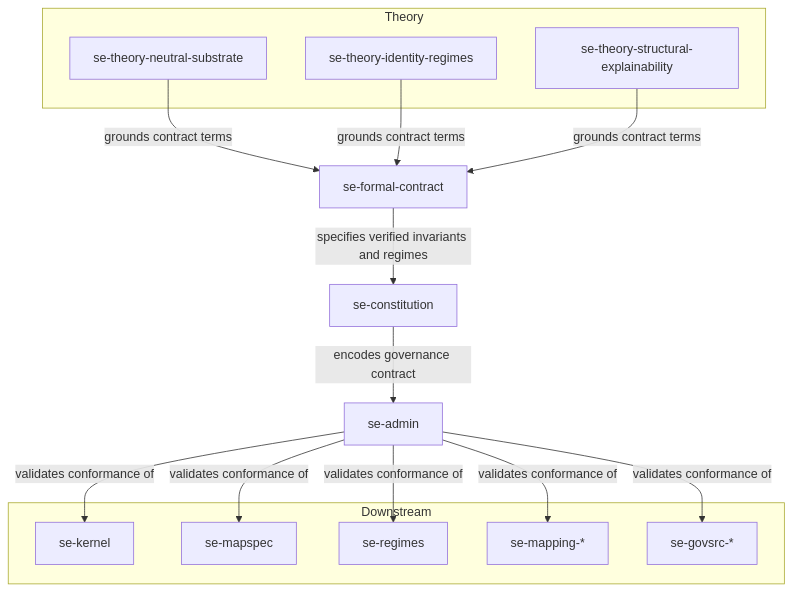
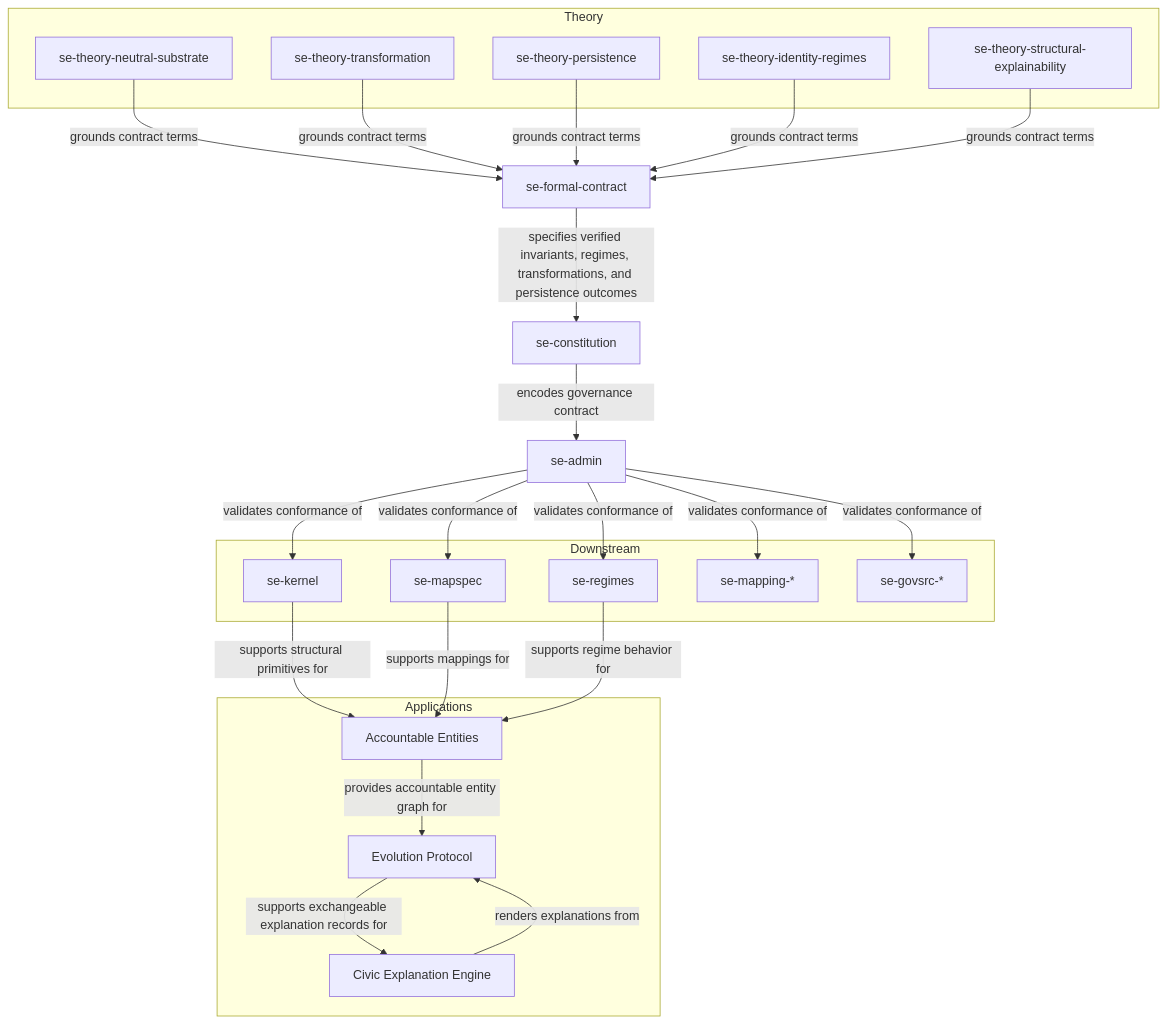
Before and after one commit to structural-explainability/.github: the diagram in profile/README.md, drawn with Mermaid.

Commit message:
Update theory and application layers in README

````diff
--- a/profile/README.md
+++ b/profile/README.md
@@ -156,43 +156,64 @@
 ```mermaid
 flowchart TD
 
 %% --- Theory Layer ---
 subgraph Theory
-    T1[se-theory-neutral-substrate]
-    T2[se-theory-identity-regimes]
-    T3[se-theory-structural-explainability]
+      T1[se-theory-neutral-substrate]
+      T2[se-theory-transformation]
+      T3[se-theory-persistence]
+      T4[se-theory-identity-regimes]
+      T5[se-theory-structural-explainability]
 end
 
 %% --- Contract ---
 FC[se-formal-contract]
 
 %% --- Constitution ---
 C[se-constitution]
 
 %% --- Admin ---
 A[se-admin]
 
 %% --- Downstream ---
 subgraph Downstream
     K[se-kernel]
     M[se-mapspec]
     R[se-regimes]
     MAP[se-mapping-*]
     GOV[se-govsrc-*]
 end
 
-%% --- Edges with required labels ---
-T1 -->|grounds contract terms| FC
-T2 -->|grounds contract terms| FC
-T3 -->|grounds contract terms| FC
+  %% --- Application Layer ---
+  subgraph Applications
+      AE[Accountable Entities]
+      EP[Evolution Protocol]
+      CEE[Civic Explanation Engine]
+  end
 
-FC -->|specifies verified invariants and regimes| C
+  %% --- Theory to Contract ---
+  T1 -->|grounds contract terms| FC
+  T2 -->|grounds contract terms| FC
+  T3 -->|grounds contract terms| FC
+  T4 -->|grounds contract terms| FC
+  T5 -->|grounds contract terms| FC
 
-C -->|encodes governance contract| A
+  %% --- Contract to Governance ---
+  FC -->|specifies verified invariants, regimes, transformations, and persistence outcomes| C
+  C -->|encodes governance contract| A
 
-A -->|validates conformance of| K
-A -->|validates conformance of| M
-A -->|validates conformance of| R
-A -->|validates conformance of| MAP
-A -->|validates conformance of| GOV
+  %% --- Admin to Downstream Core ---
+  A -->|validates conformance of| K
+  A -->|validates conformance of| M
+  A -->|validates conformance of| R
+  A -->|validates conformance of| MAP
+  A -->|validates conformance of| GOV
+
+  %% --- Core to Applications ---
+  K -->|supports structural primitives for| AE
+  M -->|supports mappings for| AE
+  R -->|supports regime behavior for| AE
+
+  AE -->|provides accountable entity graph for| EP
+  EP -->|supports exchangeable explanation records for| CEE
+  CEE -->|renders explanations from| EP
 ```
````
